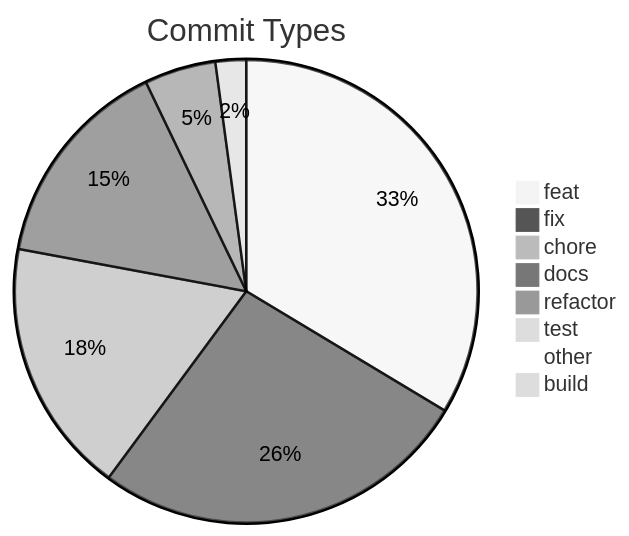
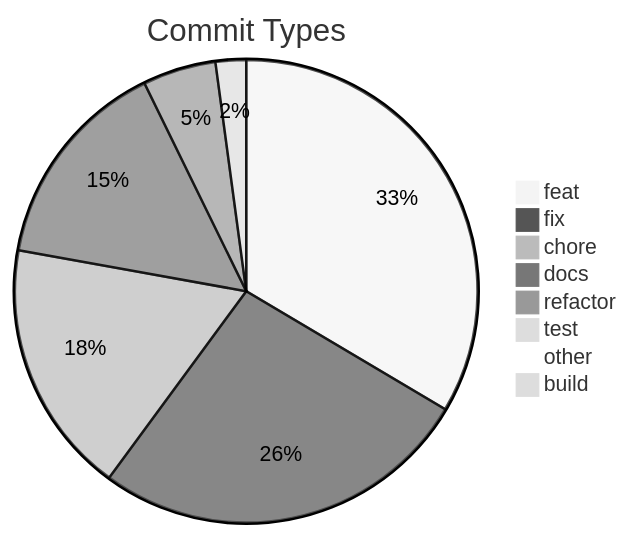
The diagram in .shipwright/compliance/change-history.md (svenroth-ai/shipwright), drawn with Mermaid (neutral theme) before and after one commit. The commit also changed other lines of this file and 25 other files, not shown here.

````diff
--- a/.shipwright/compliance/change-history.md
+++ b/.shipwright/compliance/change-history.md
@@ -8,11 +8,11 @@
 ```mermaid
 pie title Commit Types
     "feat" : 236
-    "fix" : 186
+    "fix" : 187
     "chore" : 125
     "docs" : 105
-    "refactor" : 35
+    "refactor" : 36
     "test" : 15
     "other" : 7
     "build" : 1
 ```
````
